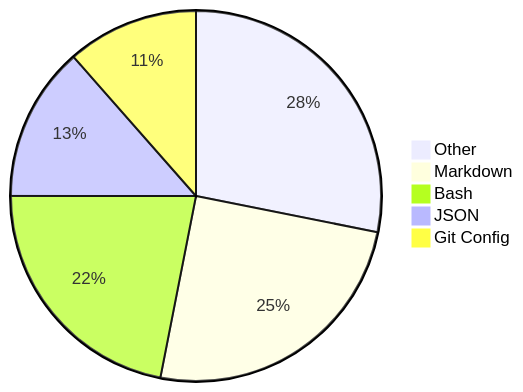
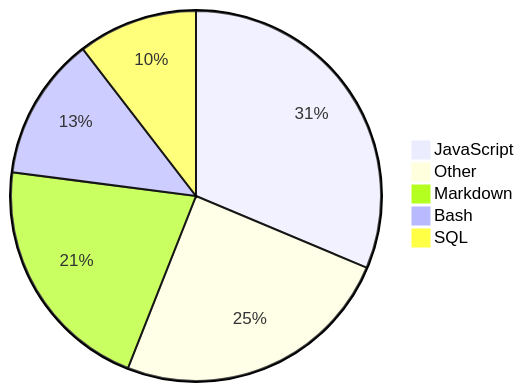
The diagram in README.md (Alicia111/alicia111), drawn with Mermaid before and after one commit.

Commit message:
Update WakaTime stats (・ω・)b

````diff
--- a/README.md
+++ b/README.md
@@ -32,8 +32,8 @@
 ```mermaid
 pie
-    "Other" : 24.64
-    "Markdown" : 21.84
-    "Bash" : 19.2
-    "JSON" : 11.82
-    "Git Config" : 10.06
+    "JavaScript" : 26.06
+    "Other" : 20.51
+    "Markdown" : 17.51
+    "Bash" : 10.4
+    "SQL" : 8.69
 ```
````
